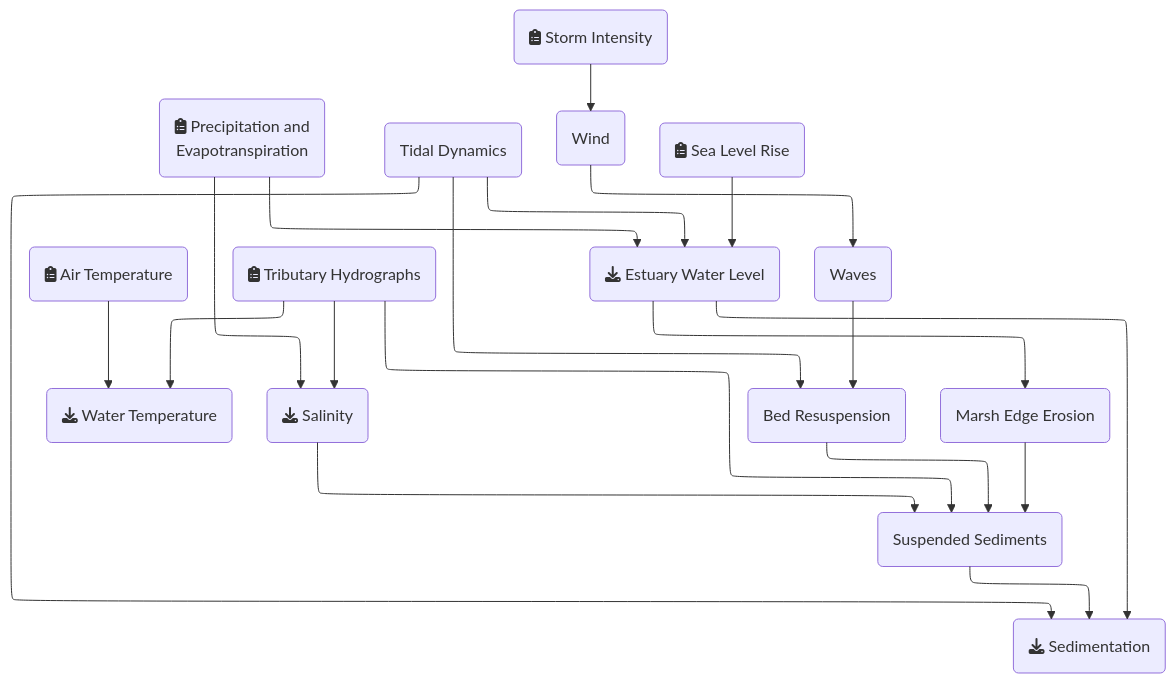
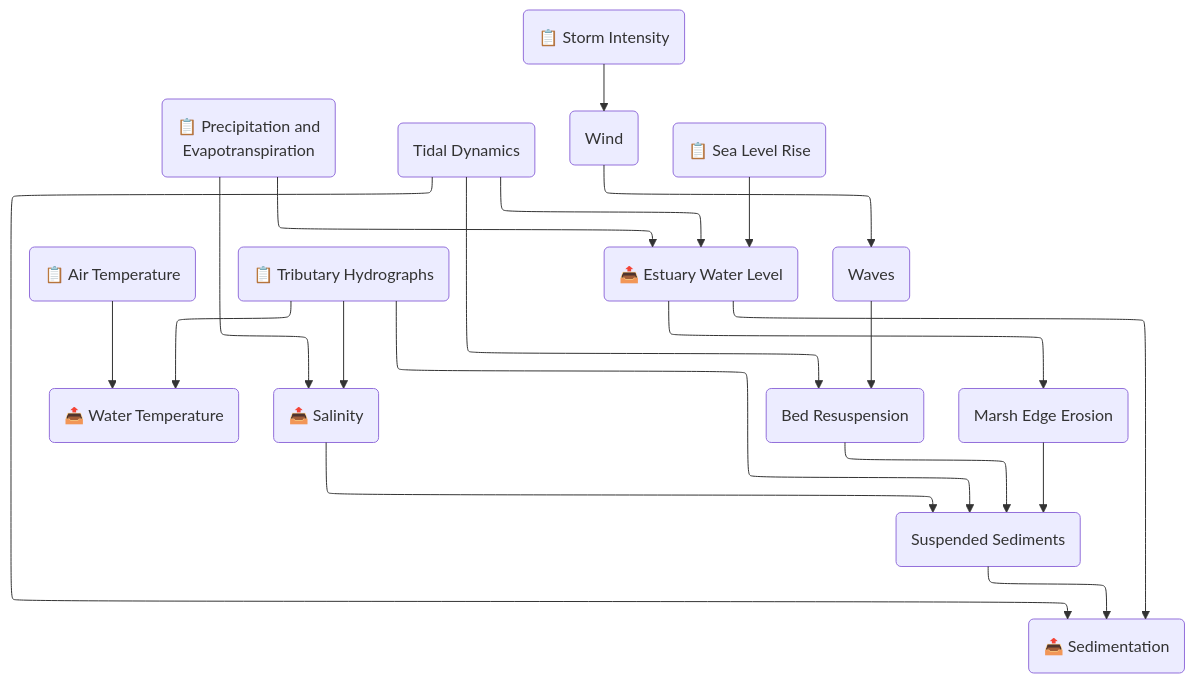
The eighth of 8 diagrams in README.md (pscedu/cpra-documentation), drawn with Mermaid before and after one commit. The commit also changed other lines of this file, not shown here.

````diff
--- a/README.md
+++ b/README.md
@@ -170,23 +170,23 @@
 ```mermaid
 flowchart TD
     %%{init: {"flowchart": {"defaultRenderer": "elk"}} }%%
-    AT("fa:fa-clipboard-list Air Temperature") --> WT("fa:fa-download Water Temperature")
-    TH("fa:fa-clipboard-list Tributary Hydrographs") --> WT
-    TH --> Sal("fa:fa-download Salinity")
+    AT("📋 Air Temperature") --> WT("📤 Water Temperature")
+    TH("📋 Tributary Hydrographs") --> WT
+    TH --> Sal("📤 Salinity")
     TH --> SS(Suspended Sediments)
-    PE("fa:fa-clipboard-list Precipitation and\nEvapotranspiration") --> Sal
-    PE --> EWL("fa:fa-download Estuary Water Level")
-    SS --> Sed("fa:fa-download Sedimentation")
+    PE("📋 Precipitation and\nEvapotranspiration") --> Sal
+    PE --> EWL("📤 Estuary Water Level")
+    SS --> Sed("📤 Sedimentation")
     Sal --> SS
     TD(Tidal Dynamics) --> Sed
     EWL --> Sed
     TD --> BR(Bed Resuspension)
-    SI("fa:fa-clipboard-list Storm Intensity") --> Win
+    SI("📋 Storm Intensity") --> Win
     Win(Wind) --> Wav
     Wav(Waves) --> BR
     BR --> SS
     TD --> EWL
     EWL --> MEE(Marsh Edge Erosion)
     MEE --> SS
-    SLR("fa:fa-clipboard-list Sea Level Rise") --> EWL
+    SLR("📋 Sea Level Rise") --> EWL
 ```
````
